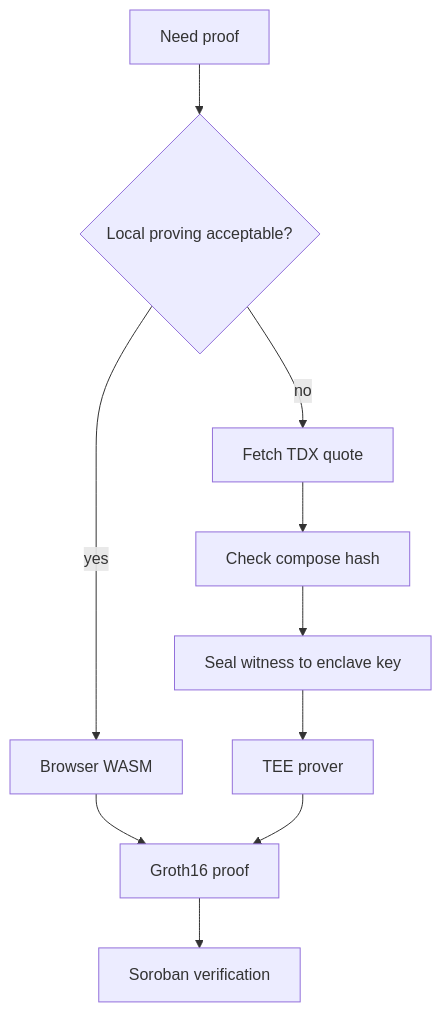
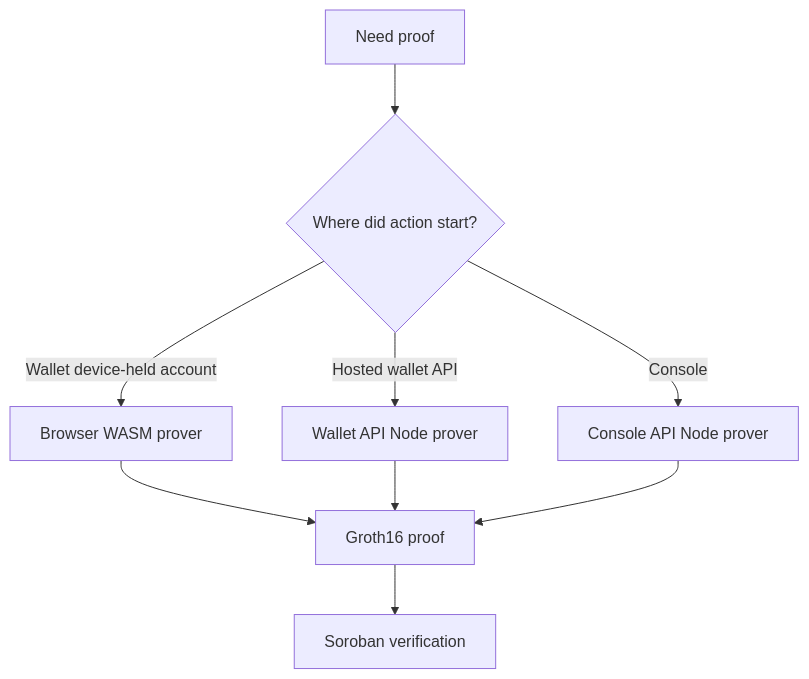
Before and after one commit to akash-mondal/benzo: diagram 15 of 17 in README.md, drawn with Mermaid. The commit also changed other lines of this file and 84 other files, not shown here.

Commit message:
Make proving local-only

````diff
--- a/README.md
+++ b/README.md
@@ -431,12 +433,11 @@
 ```mermaid
 flowchart TD
-  NeedProof["Need proof"] --> CanLocal{Local proving acceptable?}
-  CanLocal -->|yes| WASM["Browser WASM"]
-  CanLocal -->|no| Quote["Fetch TDX quote"]
-  Quote --> Pin["Check compose hash"]
-  Pin --> Seal["Seal witness to enclave key"]
-  Seal --> TEE["TEE prover"]
+  NeedProof["Need proof"] --> Surface{Where did action start?}
+  Surface -->|Wallet device-held account| WASM["Browser WASM prover"]
+  Surface -->|Hosted wallet API| NodeWallet["Wallet API Node prover"]
+  Surface -->|Console| NodeConsole["Console API Node prover"]
   WASM --> Proof["Groth16 proof"]
-  TEE --> Proof
+  NodeWallet --> Proof
+  NodeConsole --> Proof
   Proof --> Soroban["Soroban verification"]
 ```
````
